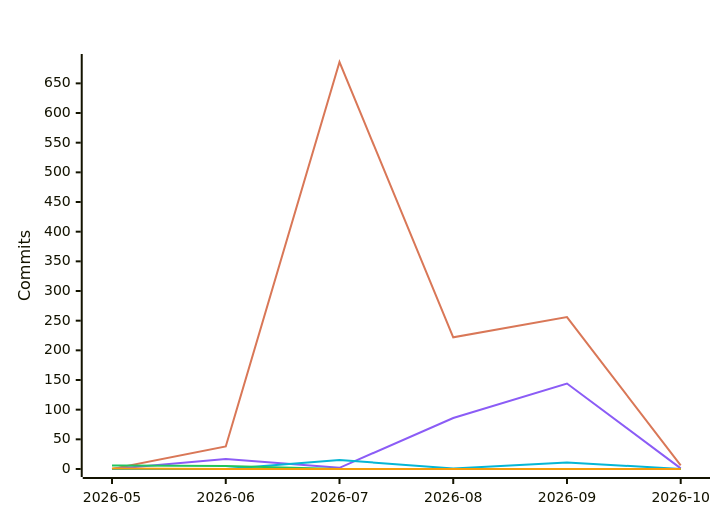
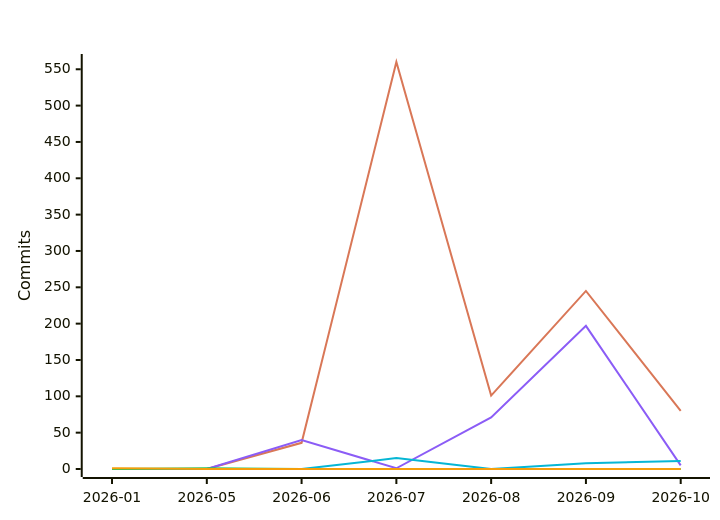
One commit to polo-nyan/polo-nyan changed the fifth of 7 diagrams in README.md. Above: the diagram before and after it, drawn with Mermaid. The commit also changed other lines of this file and 1 other file, not shown here.

````diff
--- a/README.md
+++ b/README.md
@@ -313,12 +313,12 @@
 ```mermaid
 %%{init: {"xyChart": {"titleColor": "#ffffff", "xAxisLabelColor": "#ffffff", "yAxisLabelColor": "#ffffff"}, "themeVariables": {"xyChart": {"titleColor": "#ffffff", "plotColorPalette": "#d97757, #8b5cf6, #06b6d4, #22c55e, #f59e0b, #ec4899"}}}}%%
 xychart-beta
     title "Commits Per Month by Model Family"
-    x-axis ["2026-05", "2026-06", "2026-07", "2026-08", "2026-09", "2026-10"]
+    x-axis ["2026-01", "2026-05", "2026-06", "2026-07", "2026-08", "2026-09", "2026-10"]
     y-axis "Commits"
-    line [0, 38, 686, 222, 256, 6]
-    line [0, 17, 2, 86, 144, 1]
-    line [0, 0, 15, 1, 11, 0]
-    line [6, 5, 0, 0, 0, 0]
-    line [1, 0, 0, 0, 0, 0]
+    line [0, 0, 36, 560, 101, 245, 80]
+    line [0, 0, 40, 1, 71, 197, 5]
+    line [0, 0, 0, 15, 0, 8, 11]
+    line [0, 1, 0, 0, 0, 0, 0]
+    line [1, 0, 0, 0, 0, 0, 0]
 ```
````
